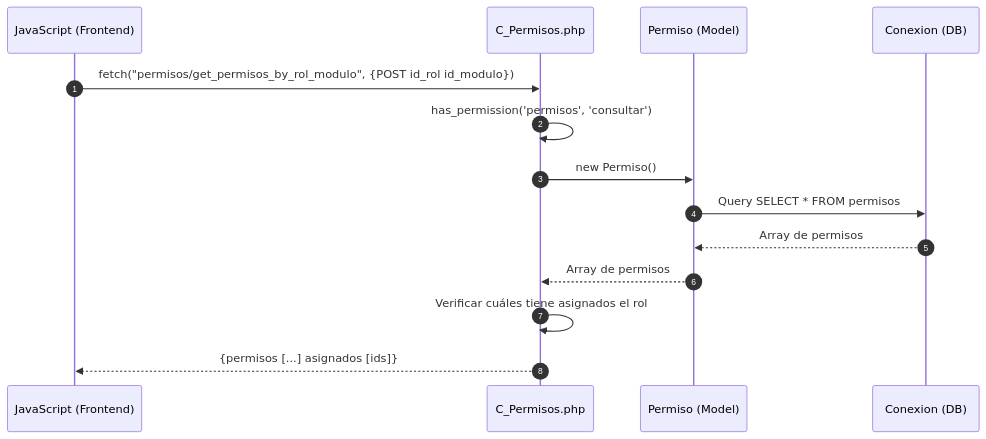
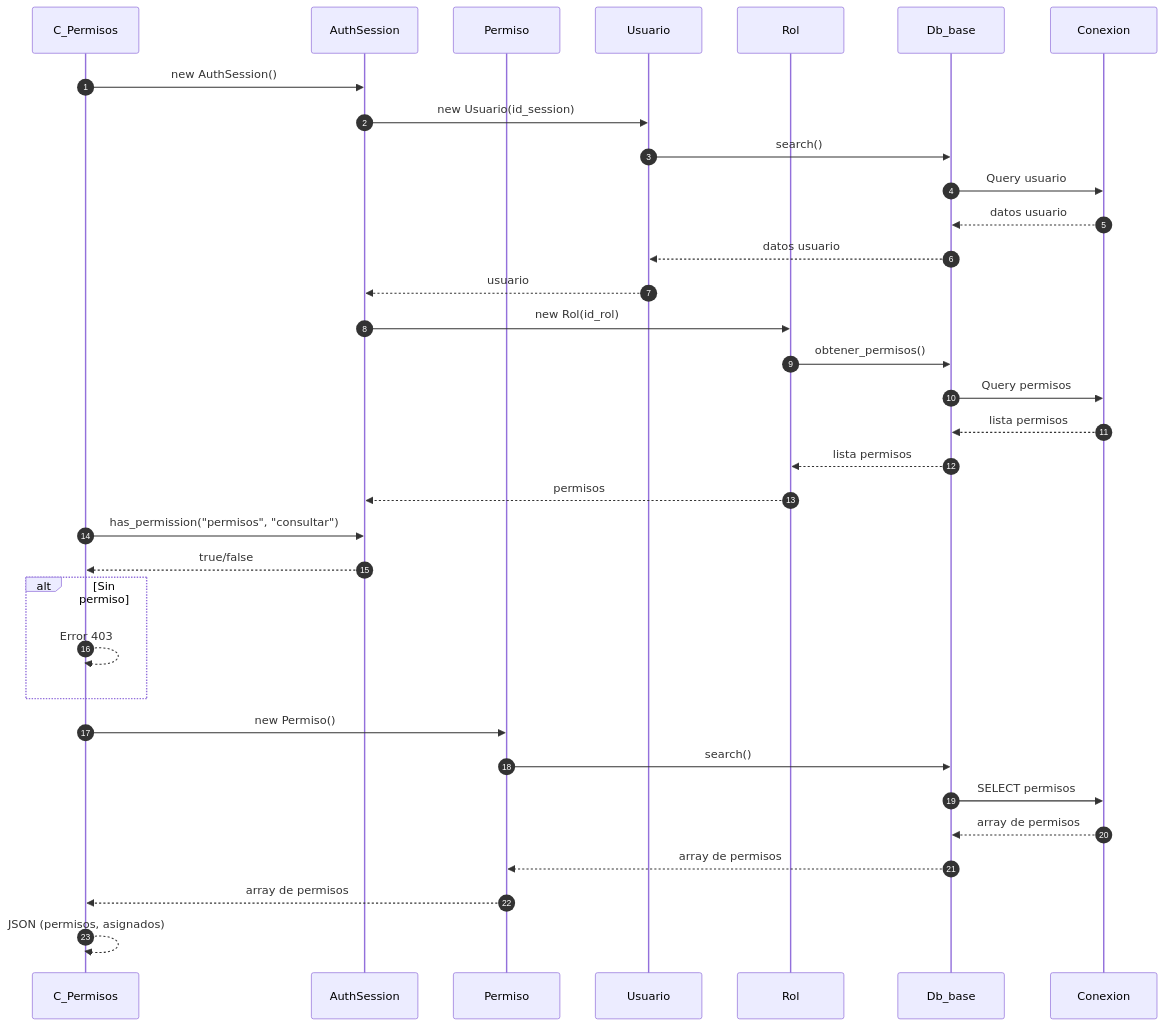
Before and after one commit to Tecrato/BurgerHouse: the second of 4 diagrams in docs/secuencia/permisos/permisos.md, drawn with Mermaid. The commit also changed other lines of this file and 13 other files, not shown here.

First line of the commit message:
diagramas actualizaos

````diff
--- a/docs/secuencia/permisos/permisos.md
+++ b/docs/secuencia/permisos/permisos.md
@@ -27,20 +50,42 @@
 ```mermaid
 sequenceDiagram
     autonumber
-    participant JS as JavaScript (Frontend)
-    participant C_Permisos as C_Permisos.php
-    participant Permiso as Permiso (Model)
-    participant DB as Conexion (DB)
+    participant C_Permisos as C_Permisos
+    participant AuthSession as AuthSession
+    participant Permiso as Permiso
+    participant Usuario as Usuario
+    participant Rol as Rol
+    participant Db_base as Db_base
+    participant Conexion as Conexion
     
-    JS->>C_Permisos: fetch("permisos/get_permisos_by_rol_modulo", {POST id_rol id_modulo})
+    C_Permisos->>AuthSession: new AuthSession()
+    AuthSession->>Usuario: new Usuario(id_session)
+    Usuario->>Db_base: search()
+    Db_base->>Conexion: Query usuario
+    Conexion-->>Db_base: datos usuario
+    Db_base-->>Usuario: datos usuario
+    Usuario-->>AuthSession: usuario
     
-    C_Permisos->>C_Permisos: has_permission('permisos', 'consultar')
+    AuthSession->>Rol: new Rol(id_rol)
+    Rol->>Db_base: obtener_permisos()
+    Db_base->>Conexion: Query permisos
+    Conexion-->>Db_base: lista permisos
+    Db_base-->>Rol: lista permisos
+    Rol-->>AuthSession: permisos
+    
+    C_Permisos->>AuthSession: has_permission("permisos", "consultar")
+    AuthSession-->>C_Permisos: true/false
+    
+    alt Sin permiso
+        C_Permisos-->>C_Permisos: Error 403
+    end
     
     C_Permisos->>Permiso: new Permiso()
-    Permiso->>DB: Query SELECT * FROM permisos
-    DB-->>Permiso: Array de permisos
-    Permiso-->>C_Permisos: Array de permisos
+    Permiso->>Db_base: search()
+    Db_base->>Conexion: SELECT permisos
+    Conexion-->>Db_base: array de permisos
+    Db_base-->>Permiso: array de permisos
+    Permiso-->>C_Permisos: array de permisos
     
-    C_Permisos->>C_Permisos: Verificar cuáles tiene asignados el rol
-    C_Permisos-->>JS: {permisos [...] asignados [ids]}
+    C_Permisos-->>C_Permisos: JSON (permisos, asignados)
 ```
````
